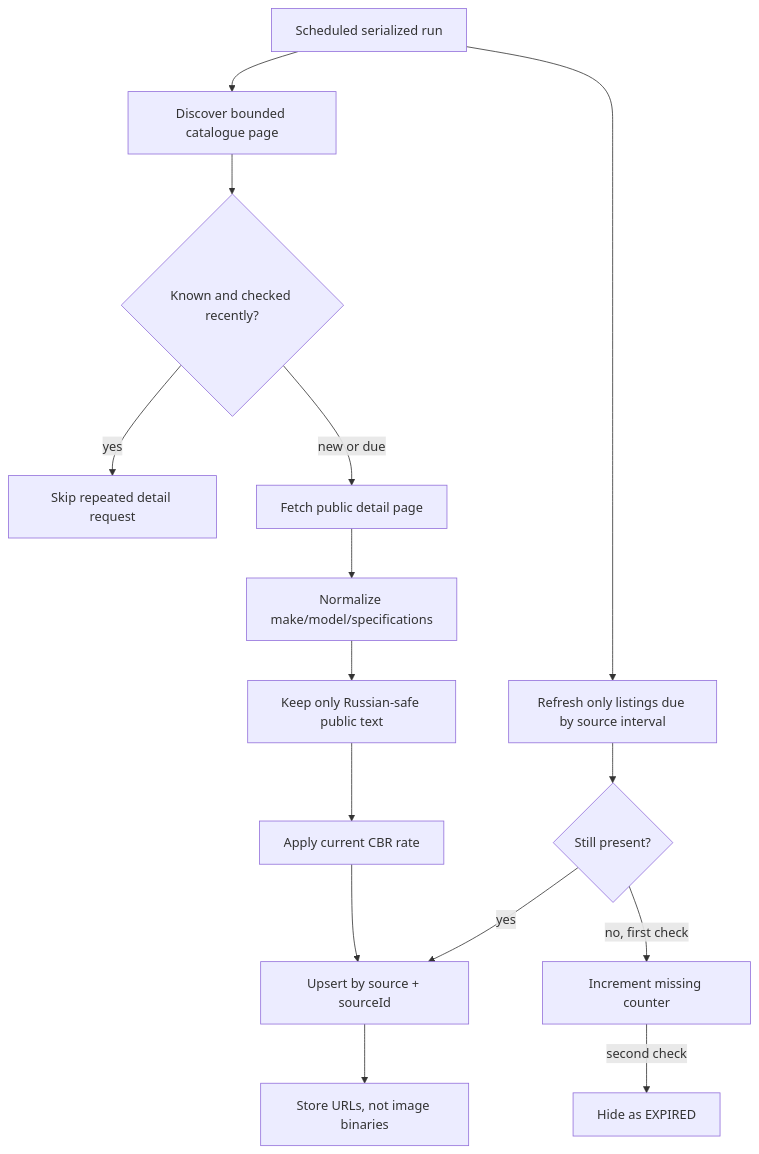
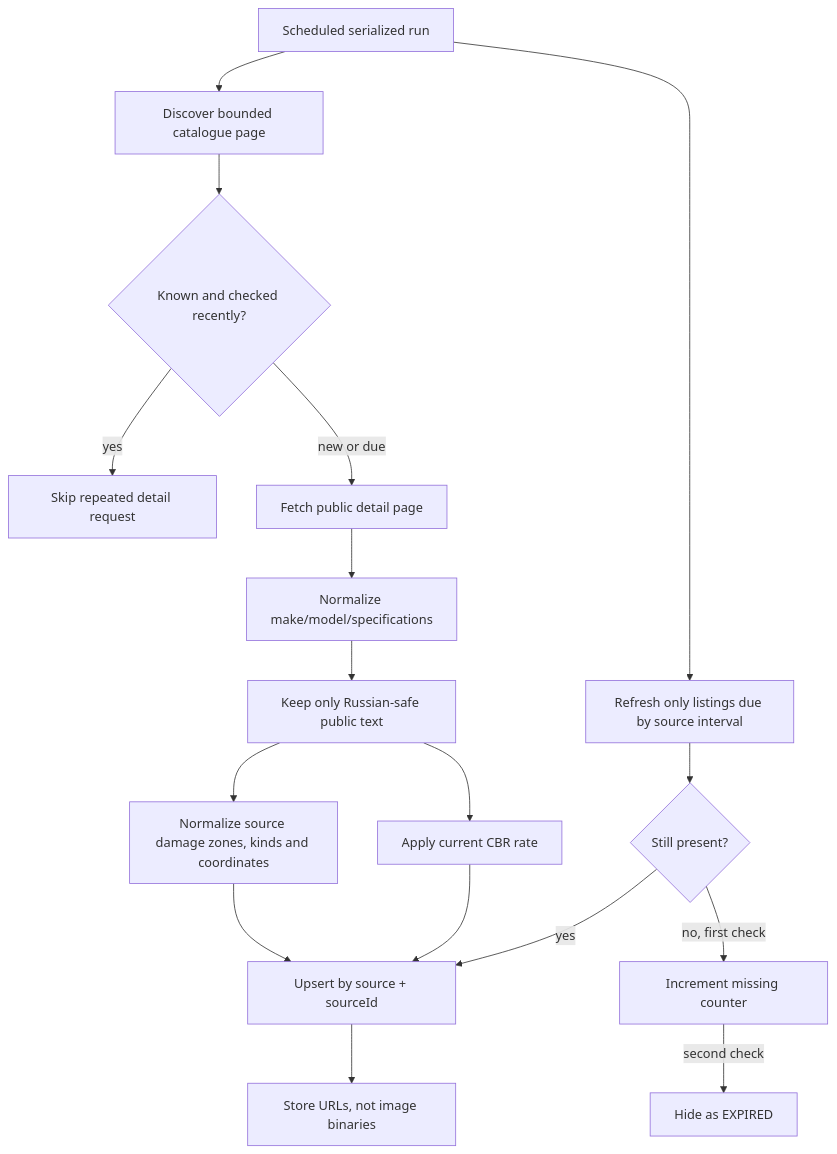
The second of 3 diagrams in docs/PROJECT_GRAPH.md (microsecret/automart), drawn with Mermaid before and after one commit. The commit also changed other lines of this file and 7 other files, not shown here.

````diff
--- a/docs/PROJECT_GRAPH.md
+++ b/docs/PROJECT_GRAPH.md
@@ -41,17 +43,19 @@
 ```mermaid
 flowchart TD
   Schedule["Scheduled serialized run"] --> Discover["Discover bounded catalogue page"]
   Discover --> Seen{"Known and checked recently?"}
   Seen -->|yes| Skip["Skip repeated detail request"]
   Seen -->|new or due| Detail["Fetch public detail page"]
   Detail --> Normalize["Normalize make/model/specifications"]
   Normalize --> Russian["Keep only Russian-safe public text"]
   Russian --> CBR["Apply current CBR rate"]
+  Russian --> Damage["Normalize source damage zones, kinds and coordinates"]
+  Damage --> Upsert
   CBR --> Upsert["Upsert by source + sourceId"]
   Upsert --> Gallery["Store URLs, not image binaries"]
   Schedule --> Refresh["Refresh only listings due by source interval"]
   Refresh --> Present{"Still present?"}
   Present -->|yes| Upsert
   Present -->|no, first check| Confirm["Increment missing counter"]
   Confirm -->|second check| Expire["Hide as EXPIRED"]
 ```
````
